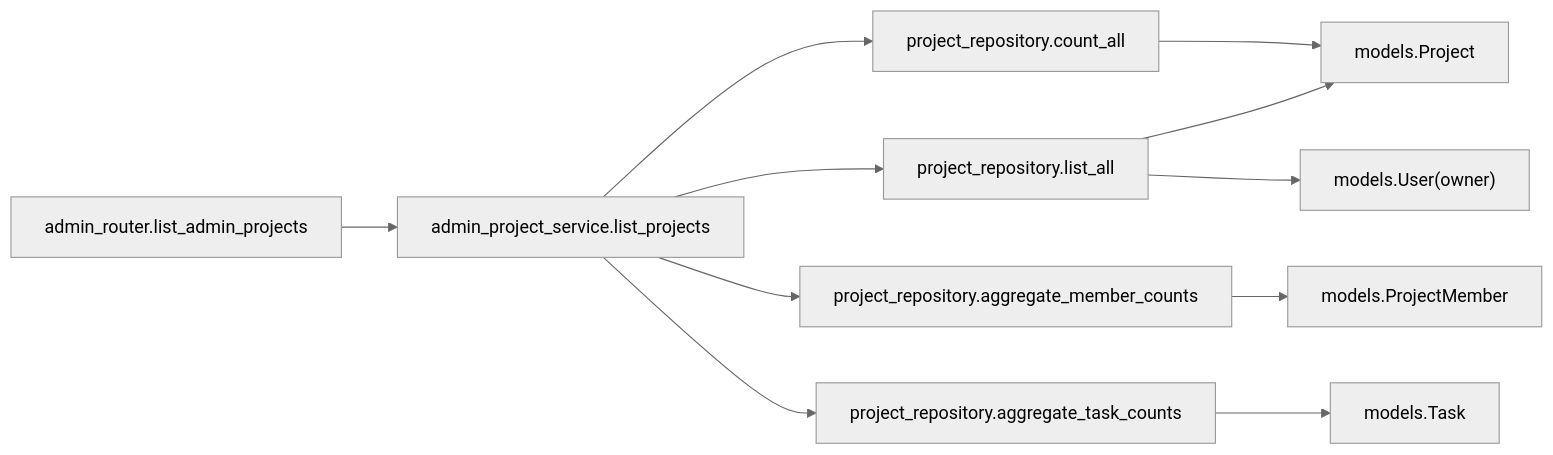
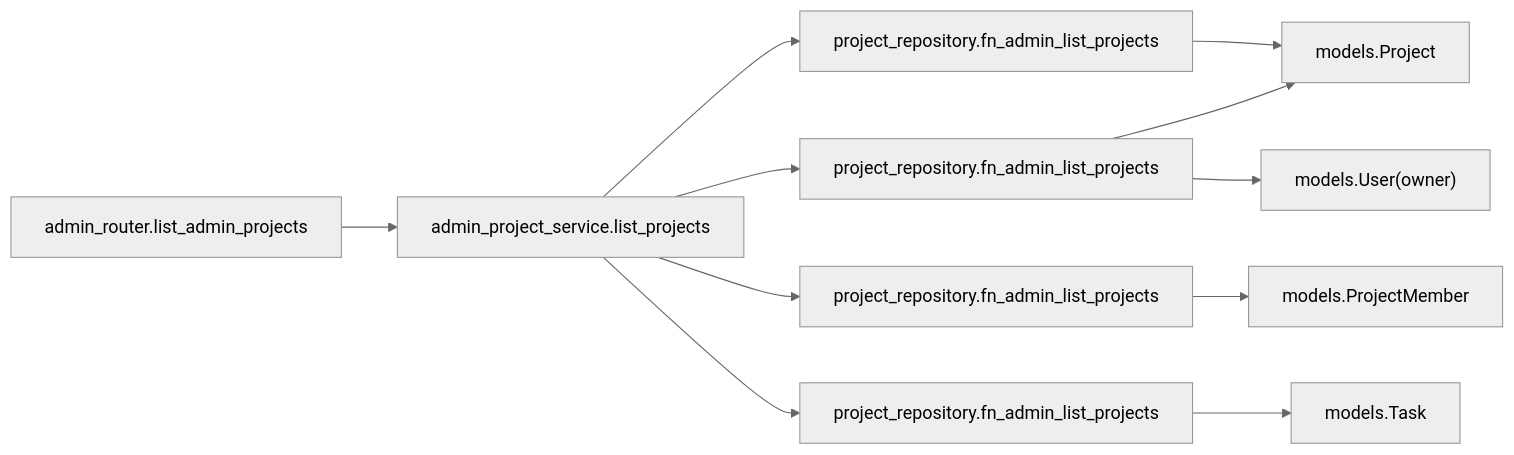
One commit to oikawa-d/task_management changed the third of 4 diagrams in detailed_design/api/admin/05_get_admin_projects.md. Above: the diagram before and after it, drawn with Mermaid (neutral theme). The commit also changed other lines of this file and 58 other files, not shown here.

````diff
--- a/detailed_design/api/admin/05_get_admin_projects.md
+++ b/detailed_design/api/admin/05_get_admin_projects.md
@@ -206,13 +206,13 @@
 ```mermaid
 flowchart LR
     R["admin_router.list_admin_projects"] --> S["admin_project_service.list_projects"]
-    S --> RP1["project_repository.count_all"]
-    S --> RP2["project_repository.list_all"]
-    S --> RP3["project_repository.aggregate_member_counts"]
-    S --> RP4["project_repository.aggregate_task_counts"]
+    S --> RP1["project_repository.fn_admin_list_projects"]
+    S --> RP2["project_repository.fn_admin_list_projects"]
+    S --> RP3["project_repository.fn_admin_list_projects"]
+    S --> RP4["project_repository.fn_admin_list_projects"]
     RP1 --> M["models.Project"]
     RP2 --> M
     RP2 --> MO["models.User(owner)"]
     RP3 --> MPM["models.ProjectMember"]
     RP4 --> MT["models.Task"]
 ```
````
